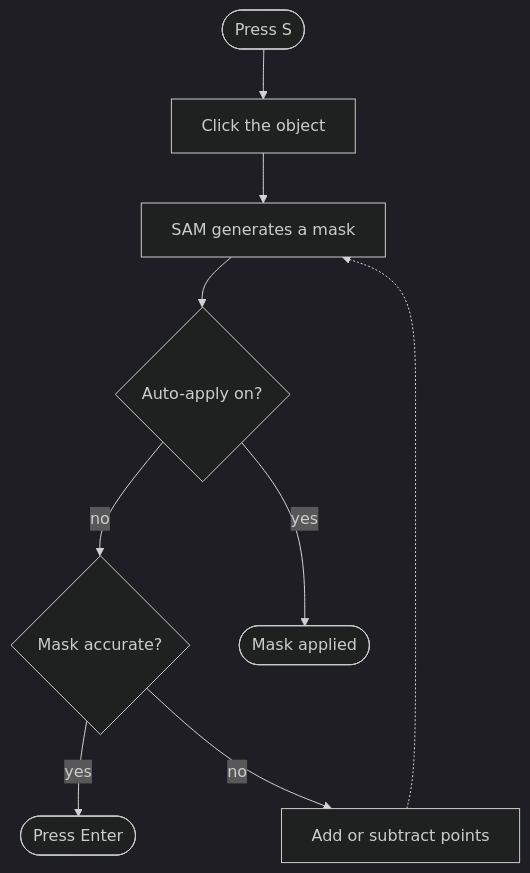
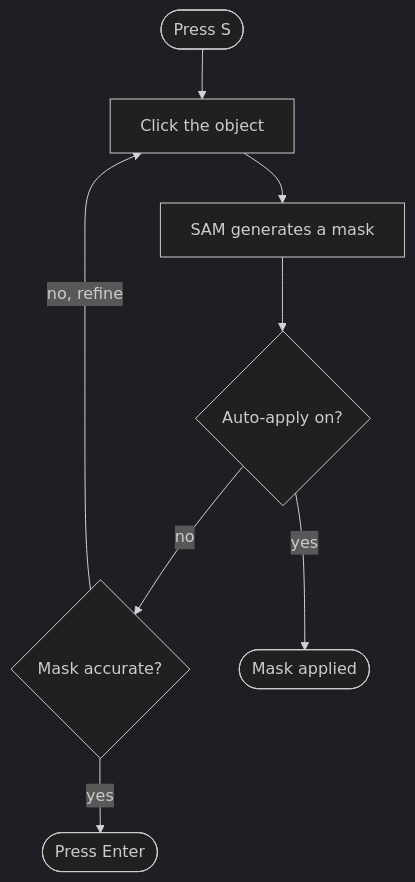
Before and after one commit to ultralytics/ultralytics: the third of 3 diagrams in docs/en/platform/data/annotation.md, drawn with Mermaid (dark theme). The commit also changed 10 other files, not shown here.

First line of the commit message:
Fix Mermaid review findings and re-tune diagrams for the dagre layout

````diff
--- a/docs/en/platform/data/annotation.md
+++ b/docs/en/platform/data/annotation.md
@@ -253,11 +253,10 @@
 ```mermaid
 flowchart TD
     A([Press S]) --> B[Click the object]
     B --> C[SAM generates a mask]
     C --> D{Auto-apply on?}
     D -->|no| F{Mask accurate?}
     D -->|yes| E([Mask applied])
     F -->|yes| G([Press Enter])
-    F -->|no| H[Add or subtract points]
-    H -.-> C
+    F -->|no, refine| B
 ```
````
